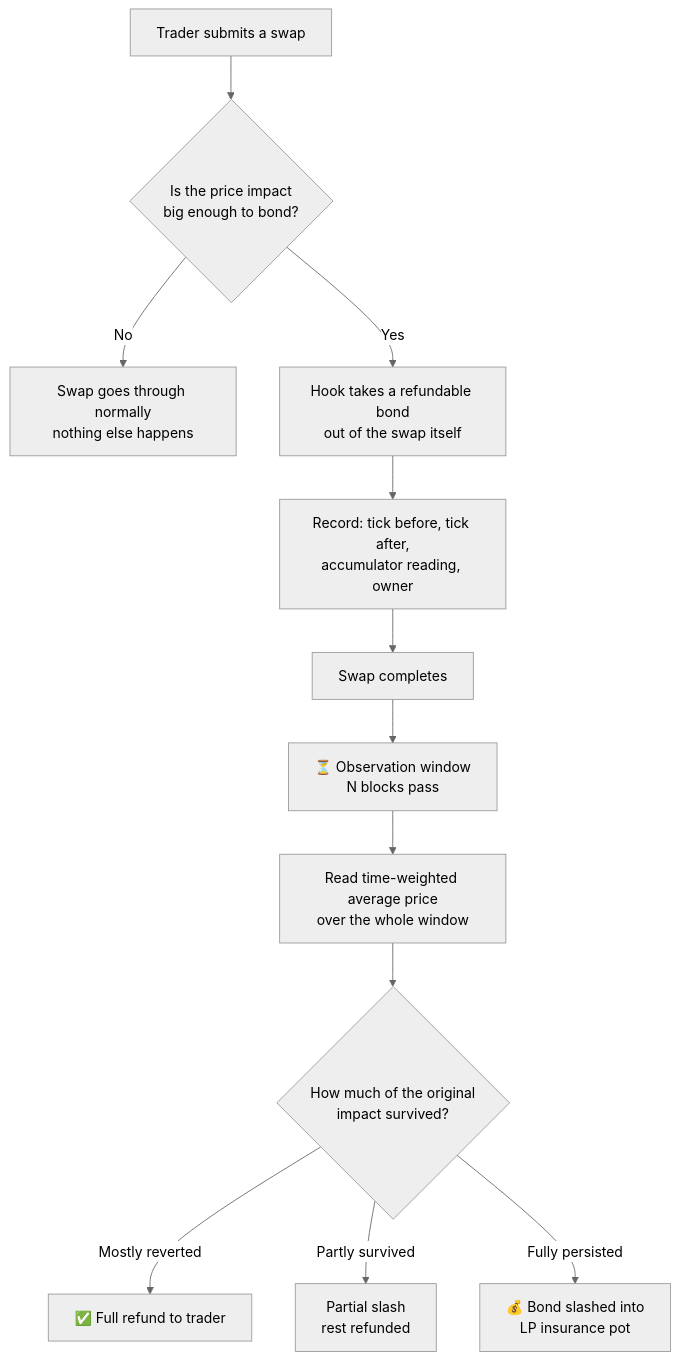
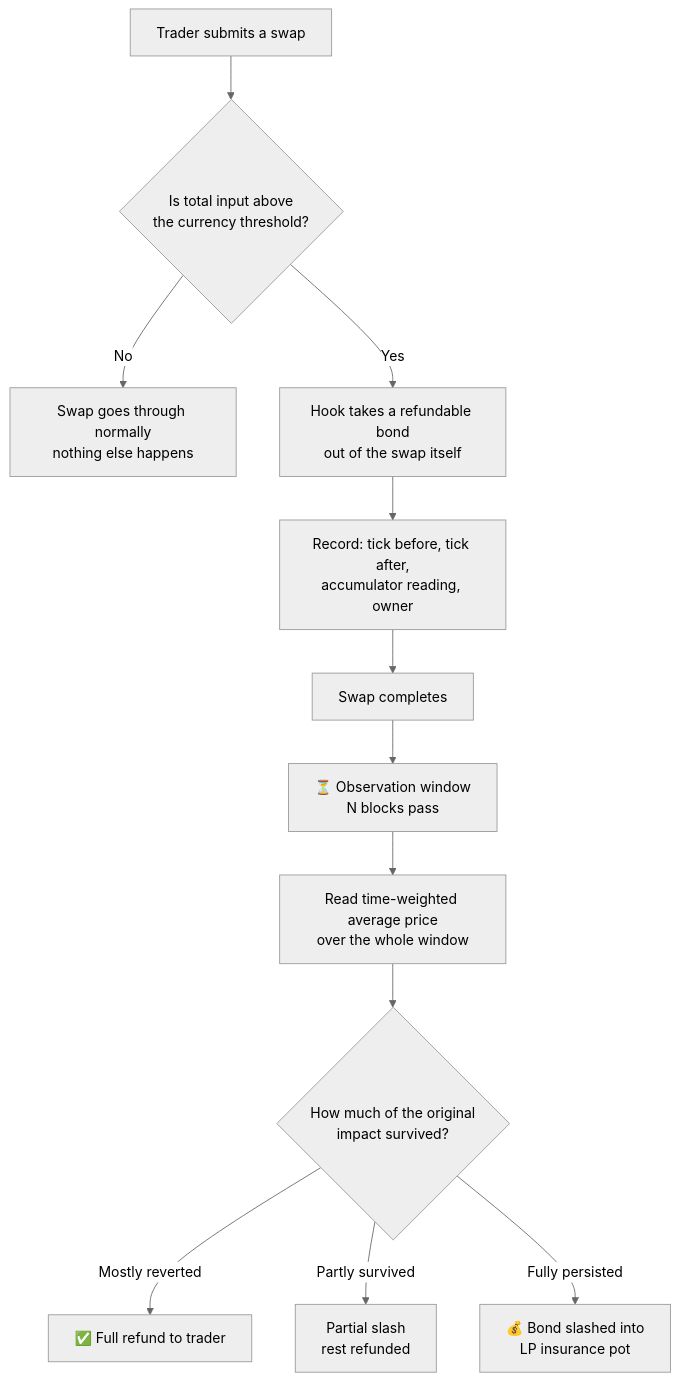
The first of 2 diagrams in README.md (Maheshsiddu29/BondMeBro), drawn with Mermaid (neutral theme) before and after one commit. The commit also changed other lines of this file and 30 other files, not shown here.

````diff
--- a/README.md
+++ b/README.md
@@ -47,14 +47,14 @@
 ```mermaid
 flowchart TD
-    A[Trader submits a swap] --> B{Is the price impact<br/>big enough to bond?}
+    A[Trader submits a swap] --> B{Is total input above<br/>the currency threshold?}
     B -- No --> C[Swap goes through normally<br/>nothing else happens]
     B -- Yes --> D[Hook takes a refundable bond<br/>out of the swap itself]
     D --> E[Record: tick before, tick after,<br/>accumulator reading, owner]
     E --> F[Swap completes]
     F --> G[⏳ Observation window<br/>N blocks pass]
     G --> H[Read time-weighted average price<br/>over the whole window]
     H --> I{How much of the original<br/>impact survived?}
     I -- Mostly reverted --> J[✅ Full refund to trader]
     I -- Partly survived --> K[Partial slash<br/>rest refunded]
     I -- Fully persisted --> L[💰 Bond slashed into<br/>LP insurance pot]
 ```
````
